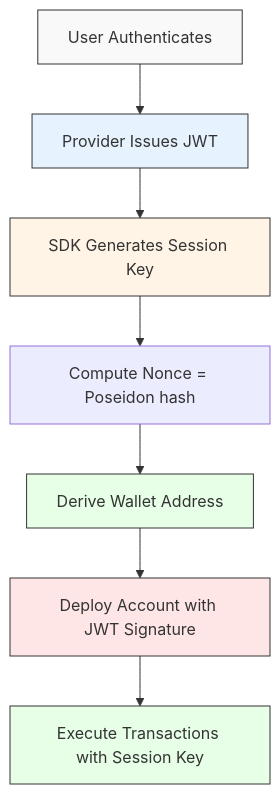
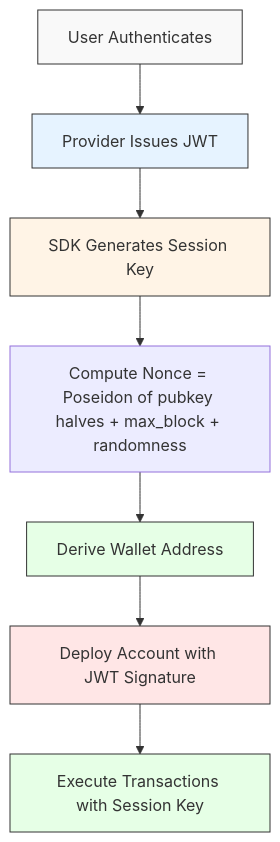
The diagram in concepts.mdx (cavos-labs/docs), drawn with Mermaid before and after one commit. The commit also changed other lines of this file and 4 other files, not shown here.

````diff
--- a/concepts.mdx
+++ b/concepts.mdx
@@ -12,16 +12,16 @@
 ```mermaid
 flowchart TD
     A[User Authenticates] --> B[Provider Issues JWT]
     B --> C[SDK Generates Session Key]
-    C --> D[Compute Nonce = Poseidon hash]
+    C --> D[Compute Nonce = Poseidon of pubkey halves + max_block + randomness]
     D --> E[Derive Wallet Address]
     E --> F[Deploy Account with JWT Signature]
     F --> G[Execute Transactions with Session Key]
 
     style A fill:#f9f9f9,stroke:#333
     style B fill:#e6f3ff,stroke:#333
     style C fill:#fff4e6,stroke:#333
     style E fill:#e6ffe6,stroke:#333
     style F fill:#ffe6e6,stroke:#333
     style G fill:#e6ffe6,stroke:#333
 ```
````
